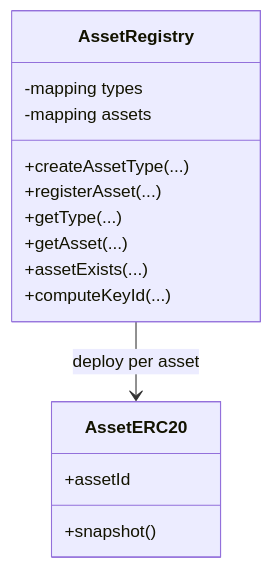
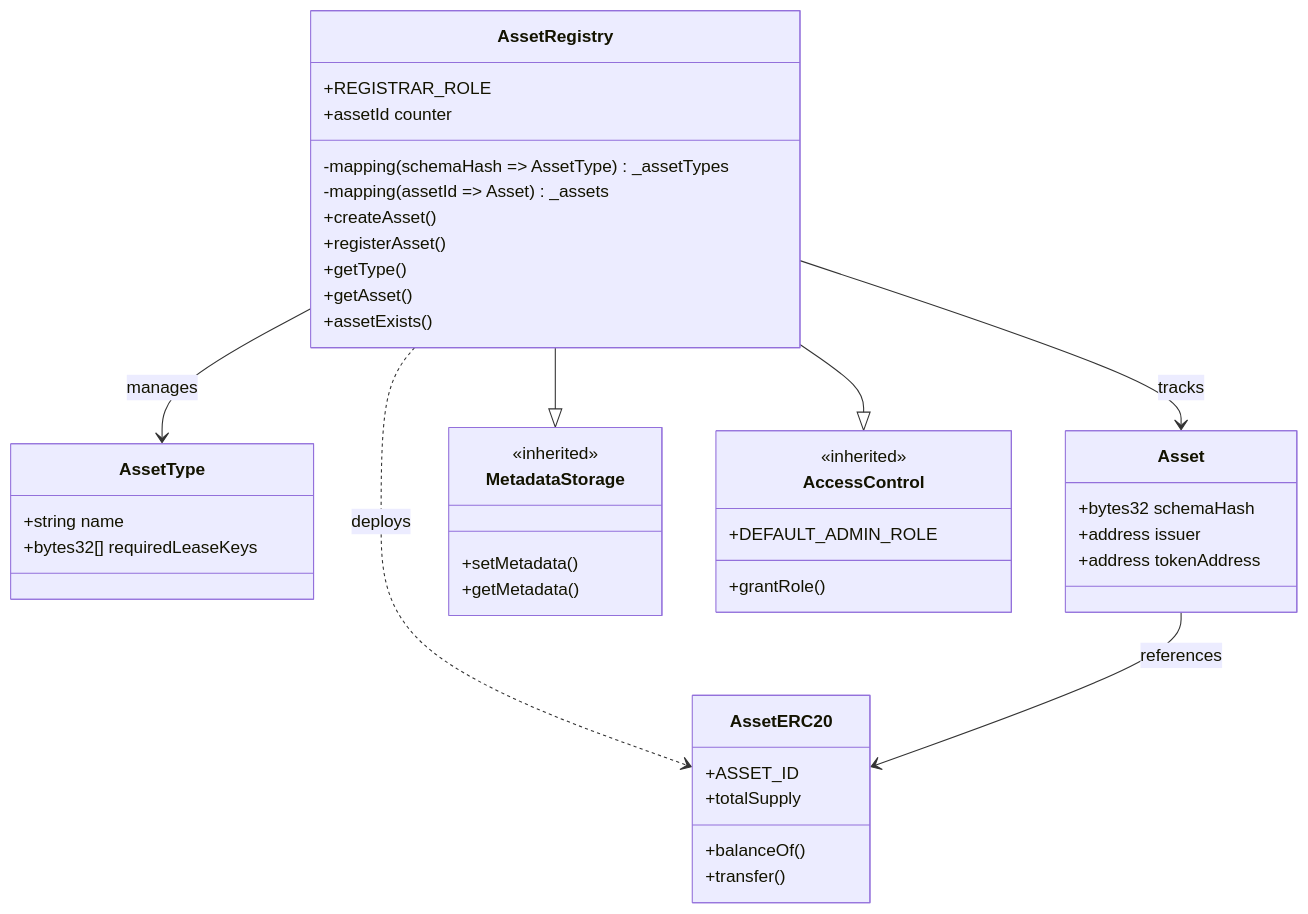
Before and after one commit to faas-tech/space-markets: the second of 3 diagrams in docs/contract-specific/AssetRegistry.md, drawn with Mermaid. The commit also changed other lines of this file and 14 other files, not shown here.

````diff
--- a/docs/contract-specific/AssetRegistry.md
+++ b/docs/contract-specific/AssetRegistry.md
@@ -53,18 +181,51 @@
 ```mermaid
 classDiagram
-  class AssetRegistry {
-    +createAssetType(...)
-    +registerAsset(...)
-    +getType(...)
-    +getAsset(...)
-    +assetExists(...)
-    +computeKeyId(...)
-    -mapping types
-    -mapping assets
-  }
-  class AssetERC20 {
-    +assetId
-    +snapshot()
-  }
-  AssetRegistry --> AssetERC20 : deploy per asset
+    class AssetRegistry {
+        +REGISTRAR_ROLE
+        +assetId counter
+        -mapping(schemaHash => AssetType) _assetTypes
+        -mapping(assetId => Asset) _assets
+        +createAsset()
+        +registerAsset()
+        +getType()
+        +getAsset()
+        +assetExists()
+    }
+
+    class AssetType {
+        +string name
+        +bytes32[] requiredLeaseKeys
+    }
+
+    class Asset {
+        +bytes32 schemaHash
+        +address issuer
+        +address tokenAddress
+    }
+
+    class MetadataStorage {
+        <<inherited>>
+        +setMetadata()
+        +getMetadata()
+    }
+
+    class AssetERC20 {
+        +ASSET_ID
+        +totalSupply
+        +balanceOf()
+        +transfer()
+    }
+
+    class AccessControl {
+        <<inherited>>
+        +DEFAULT_ADMIN_ROLE
+        +grantRole()
+    }
+
+    AssetRegistry --|> MetadataStorage
+    AssetRegistry --|> AccessControl
+    AssetRegistry --> AssetType : manages
+    AssetRegistry --> Asset : tracks
+    AssetRegistry ..> AssetERC20 : deploys
+    Asset --> AssetERC20 : references
 ```
````
